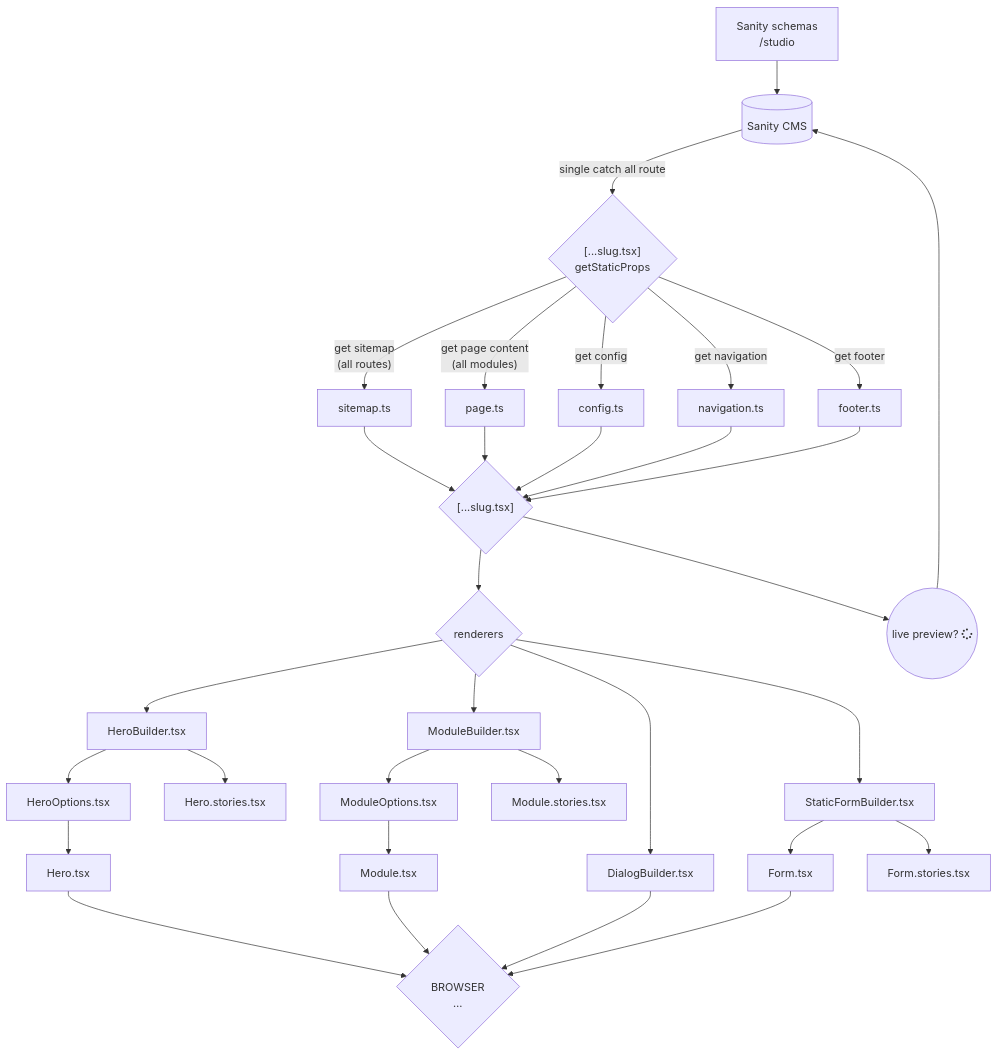
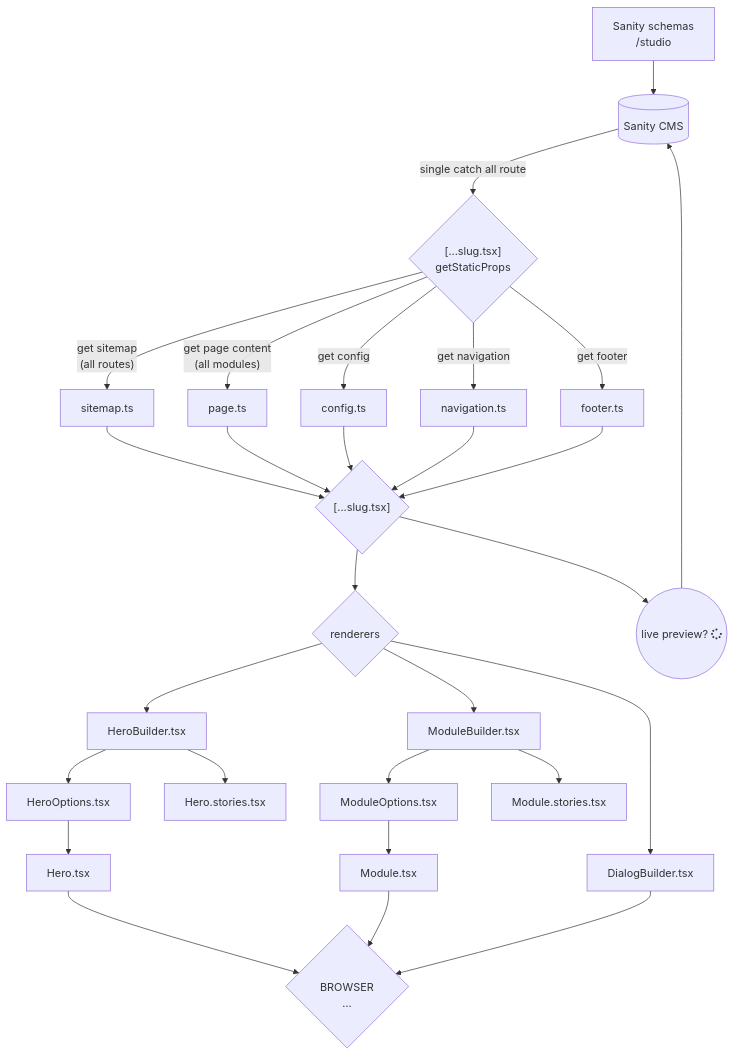
The diagram in README.md (Mawla/Agency-Starter-Framework), drawn with Mermaid before and after one commit. The commit also changed 14 other files, not shown here.

````diff
--- a/README.md
+++ b/README.md
@@ -31,41 +31,35 @@
 ```mermaid
 graph TD
     SCHEMAS["Sanity schemas<br>/studio"]-->CMS
     CMS[(Sanity CMS)]-->|single catch all route|DATA{"[...slug.tsx] <br>getStaticProps"}
     PREVIEW_MODE((live preview? fa:fa-spinner))--->CMS
 
     DATA -->|"get sitemap<br>(all routes)"| QUERY_SITEMAP[sitemap.ts]-->CATCH_ALL_RENDER
     DATA -->|"get page content<br>(all modules)"| QUERY_PAGE[page.ts]-->CATCH_ALL_RENDER
     DATA -->|get config| QUERY_CONFIG[config.ts]-->CATCH_ALL_RENDER
     DATA -->|get navigation| QUERY_NAV[navigation.ts] -->CATCH_ALL_RENDER
     DATA -->|get footer| QUERY_FOOTER[footer.ts] -->CATCH_ALL_RENDER
 
     CATCH_ALL_RENDER{"[...slug.tsx]"} -->RENDER
     CATCH_ALL_RENDER-->PREVIEW_MODE
 
     RENDER{renderers} -->RENDER_HEROES
     RENDER -->RENDER_MODULES
     RENDER -->RENDER_DIALOGS
-    RENDER -->RENDER_FORMS
 
     RENDER_HEROES[HeroBuilder.tsx]-->HERO_OPTIONS
     RENDER_HEROES[HeroBuilder.tsx]-->HERO_STORIES
     RENDER_MODULES[ModuleBuilder.tsx]-->MODULE_OPTIONS
     RENDER_MODULES[ModuleBuilder.tsx]-->MODULE_STORIES
     RENDER_DIALOGS[DialogBuilder.tsx]-->PAGE
-    RENDER_FORMS[StaticFormBuilder.tsx]-->FORM
-    RENDER_FORMS[StaticFormBuilder.tsx]-->FORM_STORIES
 
     HERO[Hero.tsx]-->PAGE
     HERO_OPTIONS[HeroOptions.tsx]-->HERO
     HERO_STORIES[Hero.stories.tsx]
 
     MODULE[Module.tsx]-->PAGE
     MODULE_OPTIONS[ModuleOptions.tsx]-->MODULE
     MODULE_STORIES[Module.stories.tsx]
 
-    FORM[Form.tsx]-->PAGE
-    FORM_STORIES[Form.stories.tsx]
-
     PAGE{"<br>BROWSER<br>…"}
 ```
````
